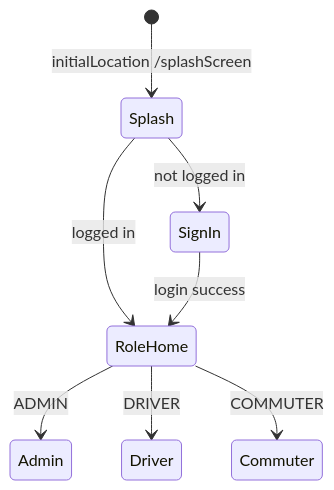
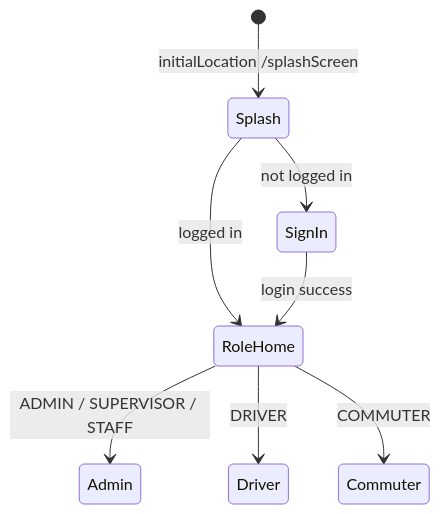
The diagram in docs/ROUTING_AND_AUTH.md (professorbhakta/cts_beta), drawn with Mermaid before and after one commit. The commit also changed other lines of this file and 21 other files, not shown here.

````diff
--- a/docs/ROUTING_AND_AUTH.md
+++ b/docs/ROUTING_AND_AUTH.md
@@ -29,10 +29,10 @@
 ```mermaid
 stateDiagram-v2
   [*] --> Splash: initialLocation /splashScreen
   Splash --> SignIn: not logged in
   Splash --> RoleHome: logged in
   SignIn --> RoleHome: login success
-  RoleHome --> Admin: ADMIN
+  RoleHome --> Admin: ADMIN / SUPERVISOR / STAFF
   RoleHome --> Driver: DRIVER
   RoleHome --> Commuter: COMMUTER
 ```
````
